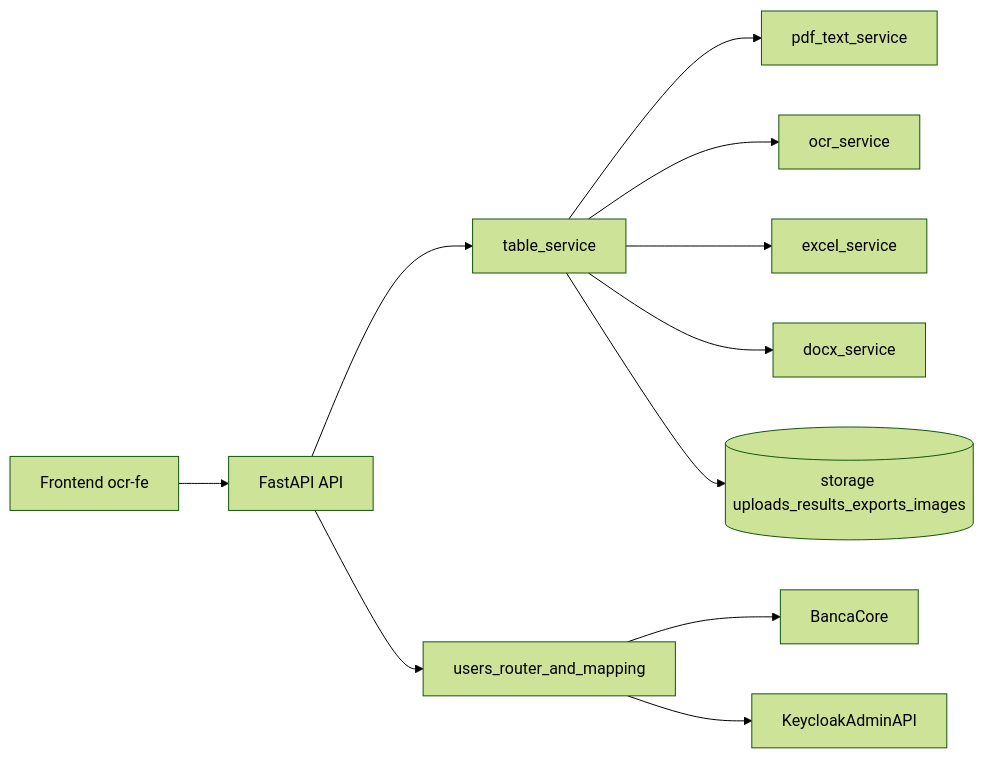
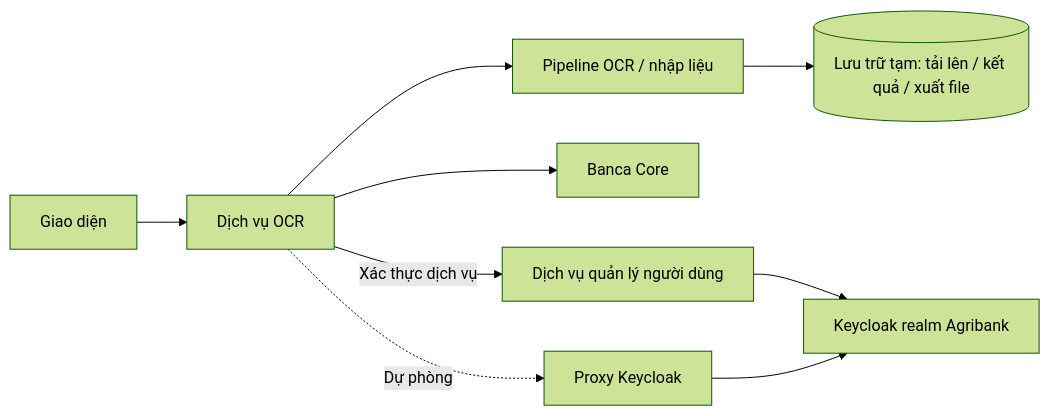
One commit to minh4doin1/ocr-banca changed the second of 2 diagrams in ocr-service/docs/bao-cao-he-thong-ocr-banca.md. Above: the diagram before and after it, drawn with Mermaid (forest theme). The commit also changed other lines of this file and 7 other files, not shown here.

````diff
--- a/ocr-service/docs/bao-cao-he-thong-ocr-banca.md
+++ b/ocr-service/docs/bao-cao-he-thong-ocr-banca.md
@@ -111,13 +106,11 @@
 ```mermaid
 flowchart LR
-    fe[Frontend ocr-fe] --> api[FastAPI API]
-    api --> tableSvc[table_service]
-    tableSvc --> pdfTextSvc[pdf_text_service]
-    tableSvc --> ocrSvc[ocr_service]
-    tableSvc --> excelSvc[excel_service]
-    tableSvc --> docxSvc[docx_service]
-    api --> userSvc[users_router_and_mapping]
-    userSvc --> bancaCore[BancaCore]
-    userSvc --> keycloak[KeycloakAdminAPI]
-    tableSvc --> storage[(storage uploads_results_exports_images)]
+    FE[Giao diện] --> OCR[Dịch vụ OCR]
+    OCR --> PIPE[Pipeline OCR / nhập liệu]
+    OCR --> CORE[Banca Core]
+    OCR -->|Xác thực dịch vụ| US[Dịch vụ quản lý người dùng]
+    OCR -.->|Dự phòng| KP[Proxy Keycloak]
+    US --> KC[Keycloak realm Agribank]
+    KP --> KC
+    PIPE --> ST[(Lưu trữ tạm: tải lên / kết quả / xuất file)]
 ```
````
